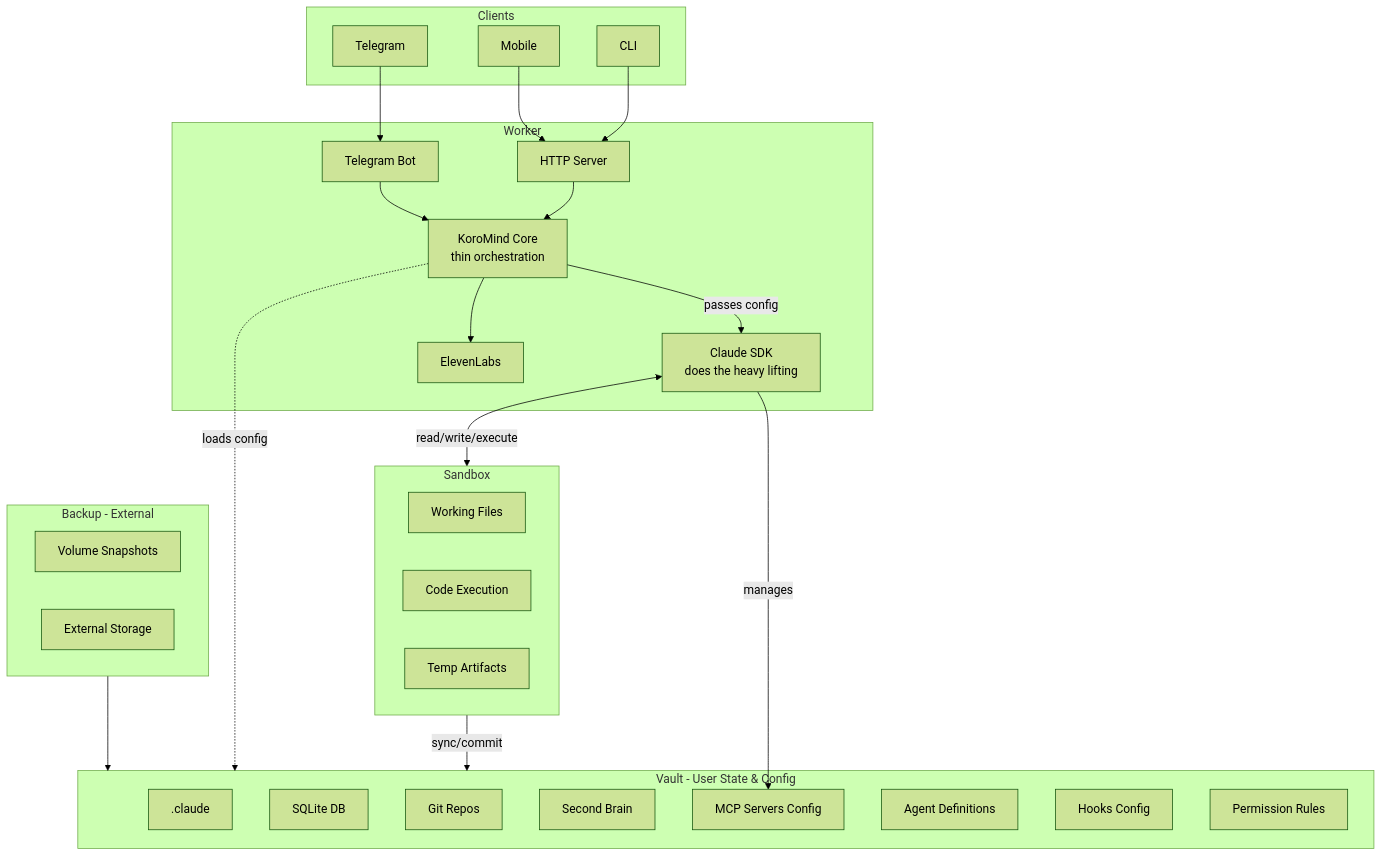
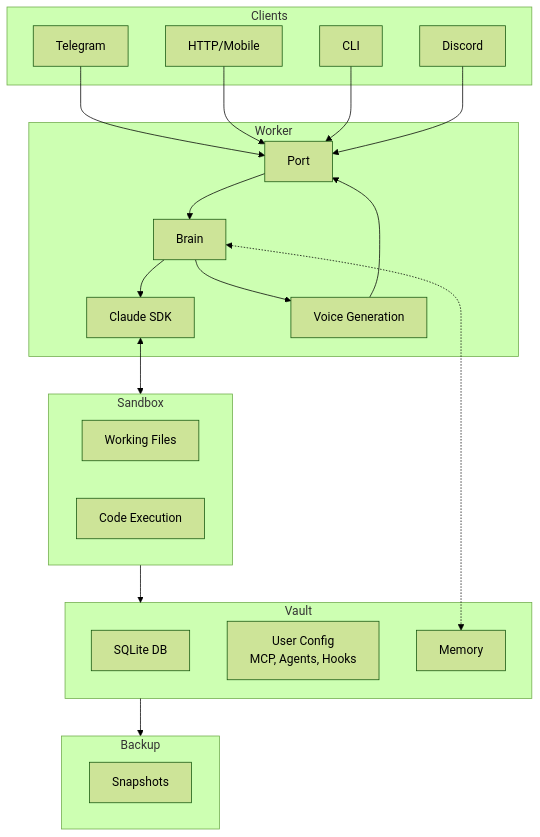
Before and after one commit to KoroMind/KoroMind: the diagram in docs/architecture-v1-proposal.mmd, drawn with Mermaid (forest theme).

Commit message:
Simplify architecture diagram: Port, Brain, Voice Generation
- Replace Connectors with single Port entry point
- Rename ElevenLabs to Voice Generation (output layer)
- Add Memory component in Vault with bidirectional Brain connection
- Cleaner flow: Clients -> Port -> Brain -> Voice -> Port

```diff
--- a/docs/architecture-v1-proposal.mmd
+++ b/docs/architecture-v1-proposal.mmd
@@ -1,56 +1,44 @@
 graph TD
-    subgraph Clients [Clients]
-        TelegramApp[Telegram]
-        MobileApp[Mobile]
+    subgraph Clients[Clients]
+        TG[Telegram]
+        HTTP[HTTP/Mobile]
         CLI[CLI]
+        DISC[Discord]
     end
 
-    subgraph Worker [Worker]
-        TelegramBot[Telegram Bot]
-        HTTPServer[HTTP Server]
-        KoroMind[KoroMind Core<br/>thin orchestration]
-        ClaudeSDK[Claude SDK<br/>does the heavy lifting]
-        ElevenLabs[ElevenLabs]
+    subgraph Worker[Worker]
+        PORT[Port]
+        BRAIN[Brain]
+        SDK[Claude SDK]
+        VOICE[Voice Generation]
 
-        TelegramBot --> KoroMind
-        HTTPServer --> KoroMind
-        KoroMind -->|"passes config"| ClaudeSDK
-        KoroMind --> ElevenLabs
+        PORT --> BRAIN
+        BRAIN --> SDK
+        BRAIN --> VOICE
+        VOICE --> PORT
     end
 
-    subgraph Backup [Backup - External]
-        Snapshots[Volume Snapshots]
-        ExternalStorage[External Storage]
+    subgraph Vault[Vault]
+        STATE[SQLite DB]
+        CONFIG[User Config<br/>MCP, Agents, Hooks]
+        MEMORY[Memory]
     end
 
-    subgraph Vault [Vault - User State & Config]
-        DotClaude[.claude]
-        SQLiteDB[SQLite DB]
-        GitRepos[Git Repos]
-        SecondBrain[Second Brain]
-        MCPConfig[MCP Servers Config]
-        AgentsConfig[Agent Definitions]
-        HooksConfig[Hooks Config]
-        PermsConfig[Permission Rules]
+    subgraph Sandbox[Sandbox]
+        FILES[Working Files]
+        EXEC[Code Execution]
     end
 
-    subgraph Sandbox [Sandbox]
-        direction LR
-        WorkingFiles[Working Files]
-        CodeExecution[Code Execution]
-        TempArtifacts[Temp Artifacts]
+    subgraph Backup[Backup]
+        SNAP[Snapshots]
     end
 
-    %% Client connections
-    TelegramApp --> TelegramBot
-    MobileApp --> HTTPServer
-    CLI --> HTTPServer
+    TG --> PORT
+    HTTP --> PORT
+    CLI --> PORT
+    DISC --> PORT
 
-    %% Layout hints - Backup above Vault
-    Backup --> Vault
-
-    %% Worker connections
-    KoroMind -.->|"loads config"| Vault
-    ClaudeSDK <-->|"read/write/execute"| Sandbox
-    ClaudeSDK -->|"manages"| MCPConfig
-    Sandbox -->|"sync/commit"| Vault
+    BRAIN <-.-> MEMORY
+    SDK <--> Sandbox
+    Sandbox --> Vault
+    Vault --> Backup
```
